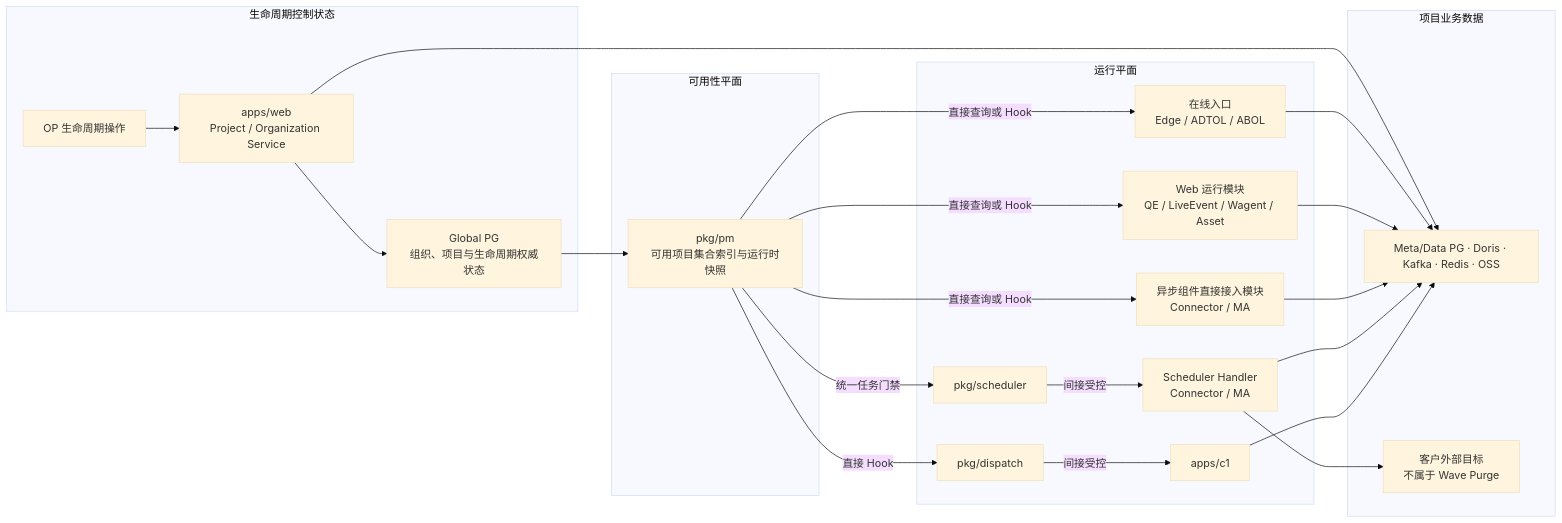
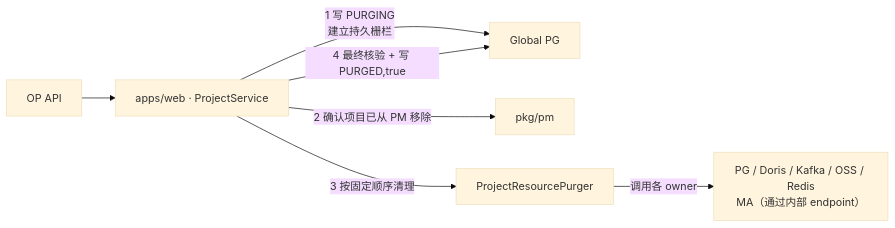
Before and after one commit to qinwenshiCH/workflow: the third of 20 diagrams in specs/20260716-Wave-Refac-OrganizationProjectLifecycle/04-detail.md, drawn with Mermaid (base theme). The commit also changed other lines of this file and 4 other files, not shown here.

````diff
--- a/specs/20260716-Wave-Refac-OrganizationProjectLifecycle/04-detail.md
+++ b/specs/20260716-Wave-Refac-OrganizationProjectLifecycle/04-detail.md
@@ -90,42 +90,9 @@
 ```mermaid
 flowchart LR
-    subgraph Control["生命周期控制状态"]
-        OP["OP 生命周期操作"] --> WebCtl["apps/web<br/>Project / Organization Service"]
-        WebCtl --> Global["Global PG<br/>组织、项目与生命周期权威状态"]
-    end
-
-    subgraph Availability["可用性平面"]
-        PM["pkg/pm<br/>可用项目集合索引与运行时快照"]
-    end
-
-    subgraph Runtime["运行平面"]
-        Entry["在线入口<br/>Edge / ADTOL / ABOL"]
-        WebRun["Web 运行模块<br/>QE / LiveEvent / Wagent / Asset"]
-        AsyncHook["异步组件直接接入模块<br/>Connector / MA"]
-        Scheduler["pkg/scheduler"]
-        AsyncWorker["Scheduler Handler<br/>Connector / MA"]
-        Dispatch["pkg/dispatch"]
-        C1["apps/c1"]
-    end
-
-    subgraph Data["项目业务数据"]
-        Stores["Meta/Data PG · Doris · Kafka · Redis · OSS"]
-        External["客户外部目标<br/>不属于 Wave Purge"]
-    end
-
-    Global --> PM
-    PM -->|"直接查询或 Hook"| Entry
-    PM -->|"直接查询或 Hook"| WebRun
-    PM -->|"直接查询或 Hook"| AsyncHook
-    PM -->|"统一任务门禁"| Scheduler
-    PM -->|"直接 Hook"| Dispatch
-    Scheduler -->|"间接受控"| AsyncWorker
-    Dispatch -->|"间接受控"| C1
-    WebCtl --> Stores
-    Entry --> Stores
-    WebRun --> Stores
-    AsyncHook --> Stores
-    AsyncWorker --> Stores
-    AsyncWorker --> External
-    C1 --> Stores
+    OP["OP API"] --> PS["apps/web · ProjectService"]
+    PS -->|"1 写 PURGING<br/>建立持久栅栏"| PG["Global PG"]
+    PS -->|"2 确认项目已从 PM 移除"| PM["pkg/pm"]
+    PS -->|"3 按固定顺序清理"| Purger["ProjectResourcePurger"]
+    Purger -->|"调用各 owner"| Owners["PG / Doris / Kafka / OSS / Redis<br/>MA（通过内部 endpoint）"]
+    PS -->|"4 最终核验 + 写 PURGED,true"| PG
 ```
````
